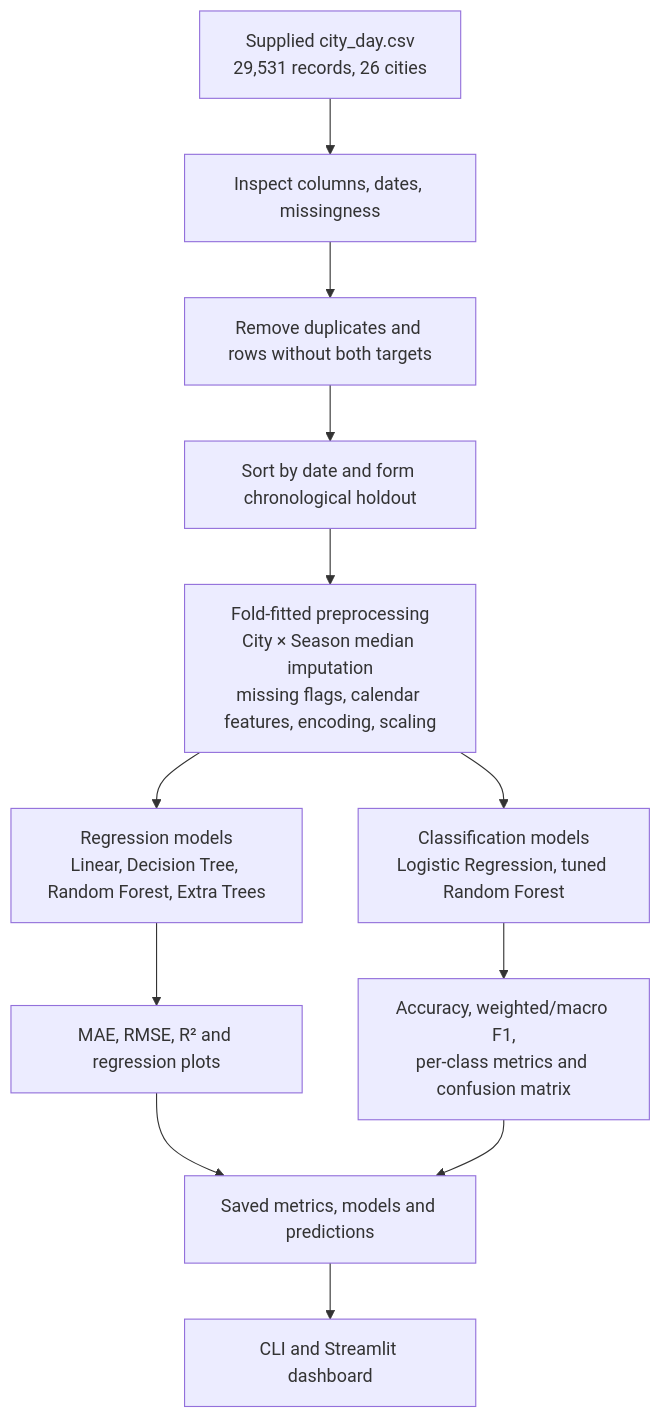
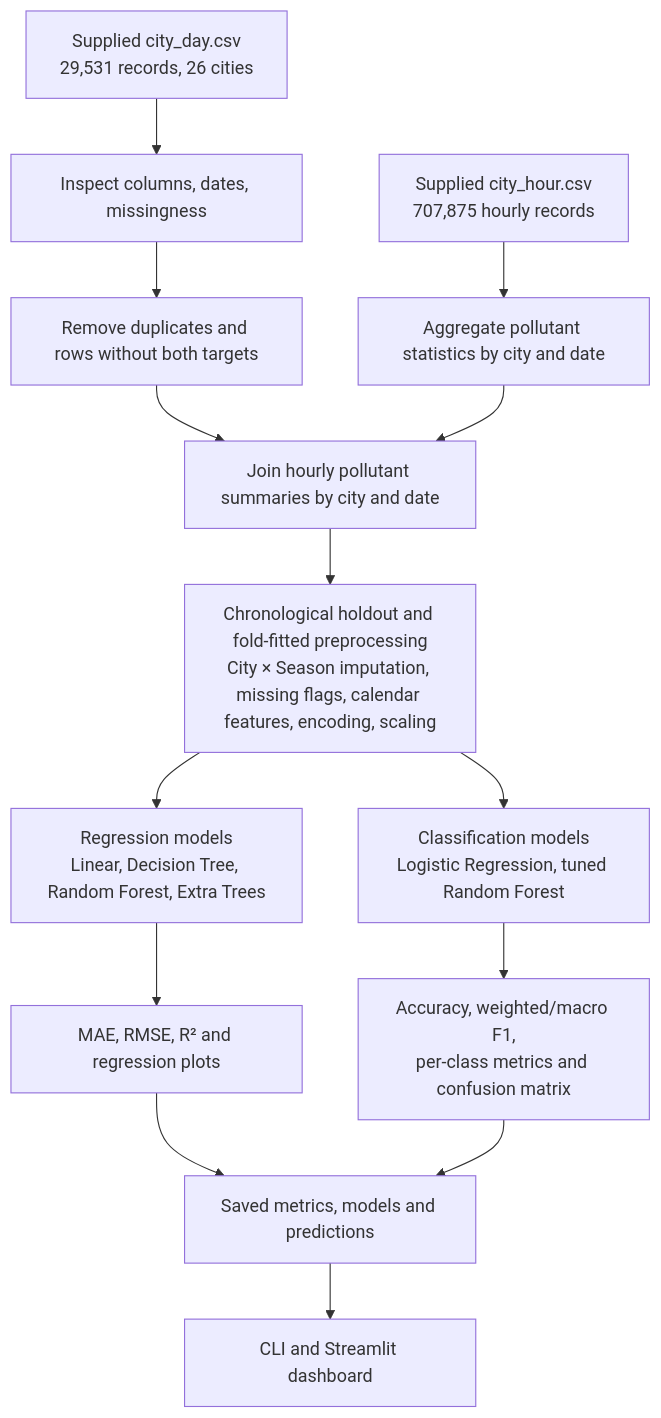
The diagram in README.md (PremK177/AQI-ML), drawn with Mermaid before and after one commit. The commit also changed other lines of this file and 23 other files, not shown here.

Commit message:
Use hourly summaries to improve daily AQI estimates

````diff
--- a/README.md
+++ b/README.md
@@ -30,14 +30,16 @@
 ```mermaid
 flowchart TD
     A[Supplied city_day.csv<br/>29,531 records, 26 cities] --> B[Inspect columns, dates, missingness]
+    U[Supplied city_hour.csv<br/>707,875 hourly records] --> V[Aggregate pollutant statistics by city and date]
     B --> C[Remove duplicates and rows without both targets]
-    C --> D[Sort by date and form chronological holdout]
-    D --> E[Fold-fitted preprocessing<br/>City × Season median imputation<br/>missing flags, calendar features, encoding, scaling]
+    C --> D[Join hourly pollutant summaries by city and date]
+    V --> D
+    D --> E[Chronological holdout and fold-fitted preprocessing<br/>City × Season imputation, missing flags, calendar features, encoding, scaling]
     E --> F[Regression models<br/>Linear, Decision Tree, Random Forest, Extra Trees]
     E --> G[Classification models<br/>Logistic Regression, tuned Random Forest]
     F --> H[MAE, RMSE, R² and regression plots]
     G --> I[Accuracy, weighted/macro F1,<br/>per-class metrics and confusion matrix]
     H --> J[Saved metrics, models and predictions]
     I --> J
     J --> K[CLI and Streamlit dashboard]
 ```
````
